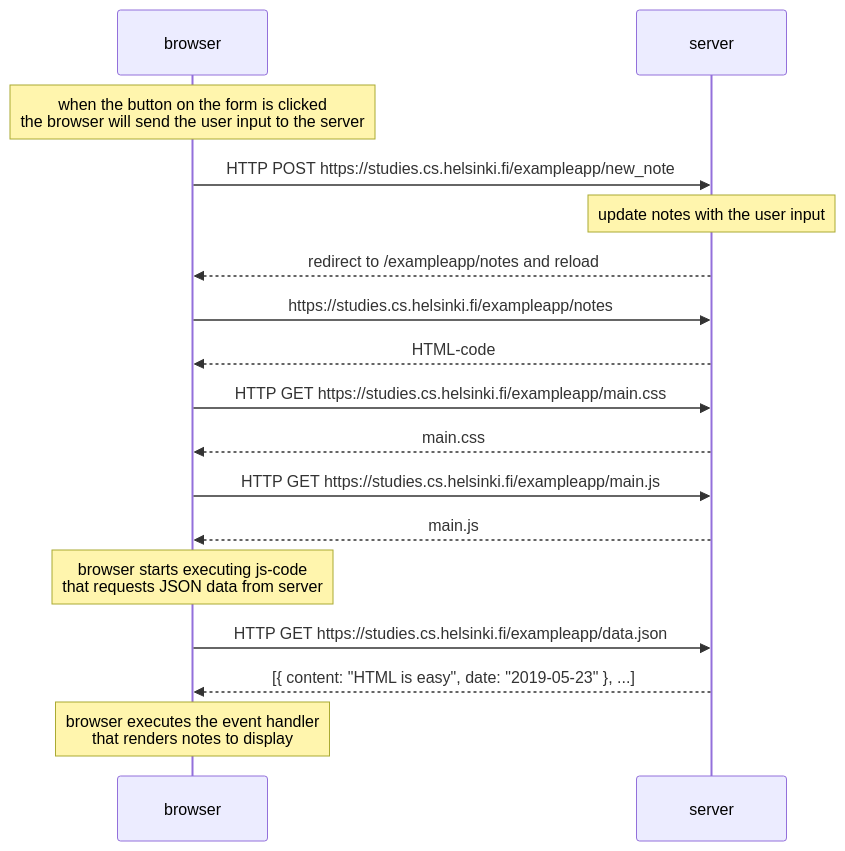
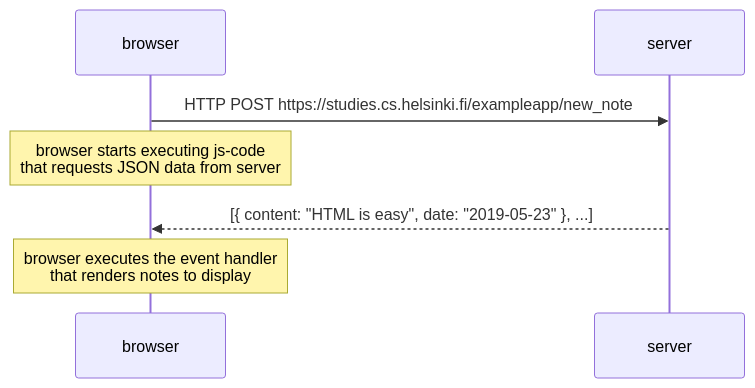
One commit to GautierDavid/fullsatckopen changed the diagram in part0/new_note_diagram.md. Above: the diagram before and after it, drawn with Mermaid.

````diff
--- a/part0/new_note_diagram.md
+++ b/part0/new_note_diagram.md
@@ -1,24 +1,8 @@
 ```mermaid
 sequenceDiagram
-Note over browser: when the button on the form is clicked <br/> the browser will send the user input to the server
-
 browser->>server: HTTP POST https://studies.cs.helsinki.fi/exampleapp/new_note
-
-Note over server: update notes with the user input
-
-server-->>browser: redirect to /exampleapp/notes and reload
-browser->>server: https://studies.cs.helsinki.fi/exampleapp/notes
-server-->>browser: HTML-code
-browser->>server: HTTP GET https://studies.cs.helsinki.fi/exampleapp/main.css
-server-->>browser: main.css
-browser->>server: HTTP GET https://studies.cs.helsinki.fi/exampleapp/main.js
-server-->>browser: main.js
-
 Note over browser: browser starts executing js-code <br/>that requests JSON data from server 
-
-browser->>server: HTTP GET https://studies.cs.helsinki.fi/exampleapp/data.json
 server-->>browser: [{ content: "HTML is easy", date: "2019-05-23" }, ...]
-
 Note over browser: browser executes the event handler <br/>that renders notes to display
 
 ```
````
